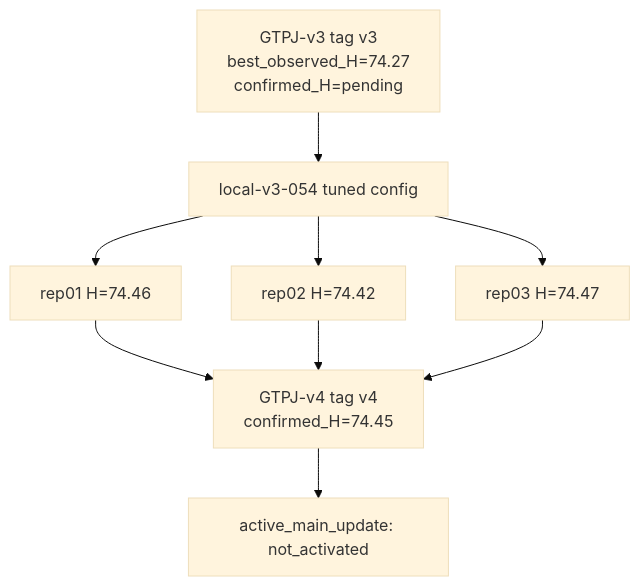
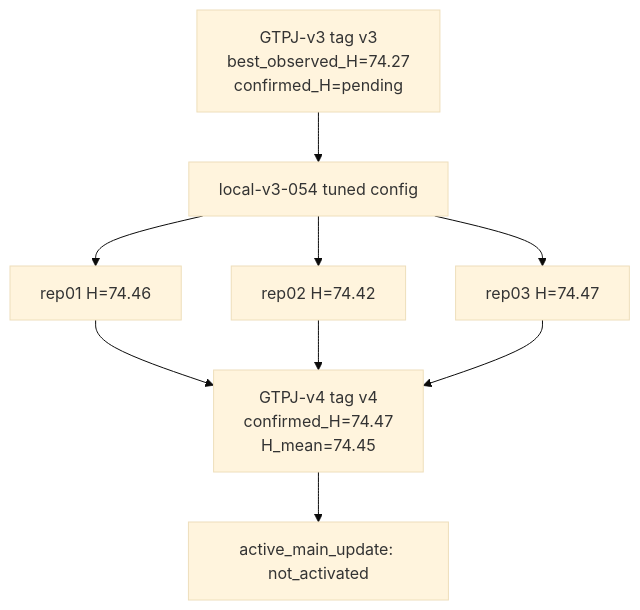
The diagram in experiments/v4/VERSION.md (GetlotMoney/GTPJ), drawn with Mermaid (base theme) before and after one commit. The commit also changed other lines of this file and 45 other files, not shown here.

````diff
--- a/experiments/v4/VERSION.md
+++ b/experiments/v4/VERSION.md
@@ -77,11 +79,11 @@
 ```mermaid
 flowchart TD
   V3["GTPJ-v3 tag v3<br/>best_observed_H=74.27<br/>confirmed_H=pending"] --> Tune["local-v3-054 tuned config"]
   Tune --> R1["rep01 H=74.46"]
   Tune --> R2["rep02 H=74.42"]
   Tune --> R3["rep03 H=74.47"]
-  R1 --> V4["GTPJ-v4 tag v4<br/>confirmed_H=74.45"]
+  R1 --> V4["GTPJ-v4 tag v4<br/>confirmed_H=74.47<br/>H_mean=74.45"]
   R2 --> V4
   R3 --> V4
   V4 --> Active["active_main_update: not_activated"]
 ```
````
